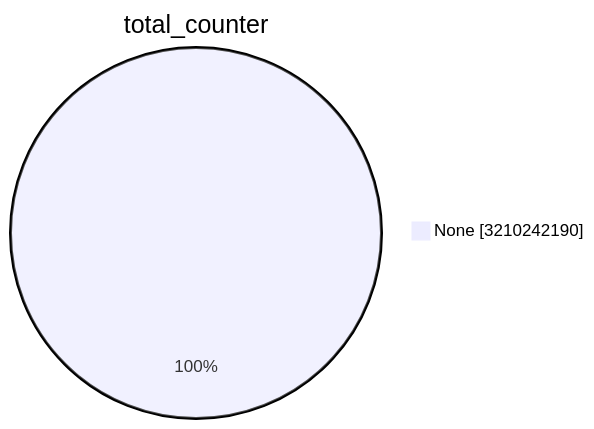
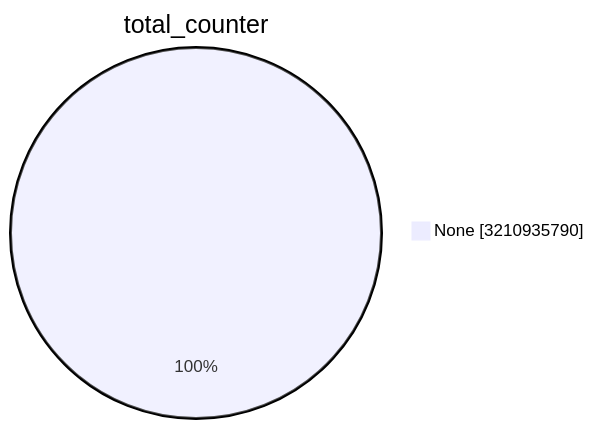
One commit to christiankrug/ctmonitor_visualization changed the first of 15 diagrams in TOTAL/README.md. Above: the diagram before and after it, drawn with Mermaid. The commit also changed other lines of this file, not shown here.

````diff
--- a/TOTAL/README.md
+++ b/TOTAL/README.md
@@ -1,5 +1,5 @@
 ```mermaid
 pie showData
 title total_counter
-"None" :3210242190
+"None" :3210935790
 ```
````
